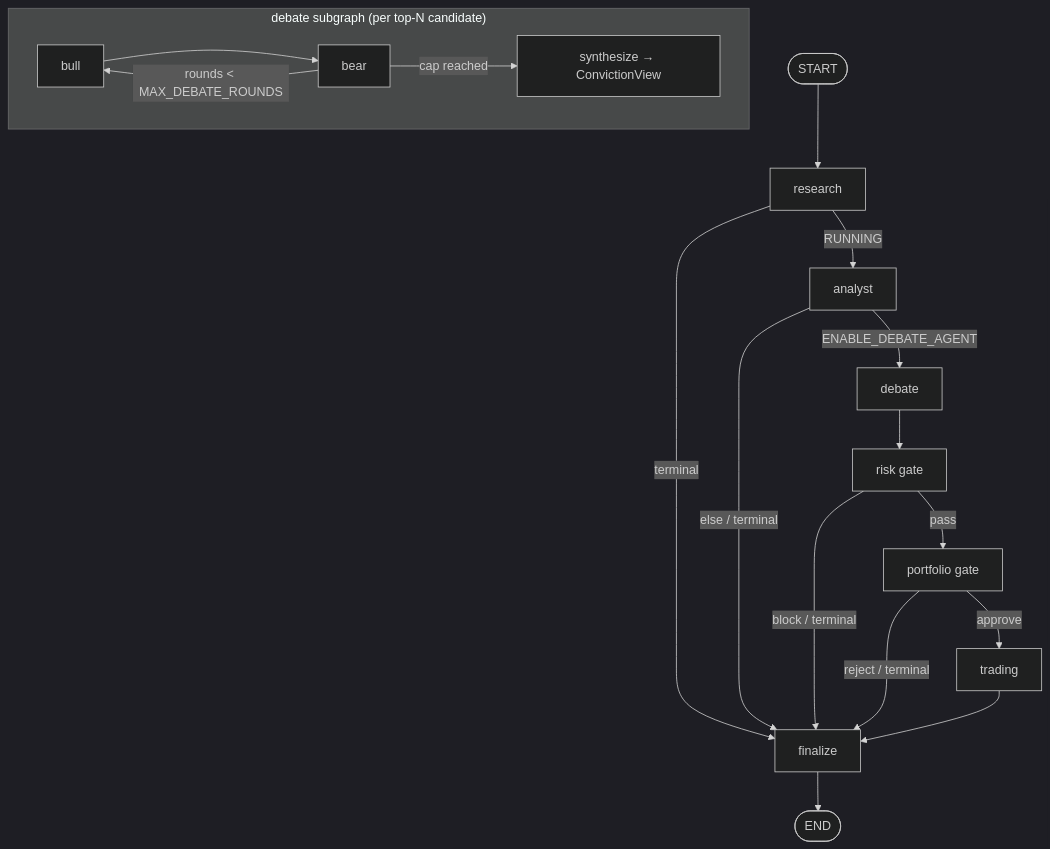
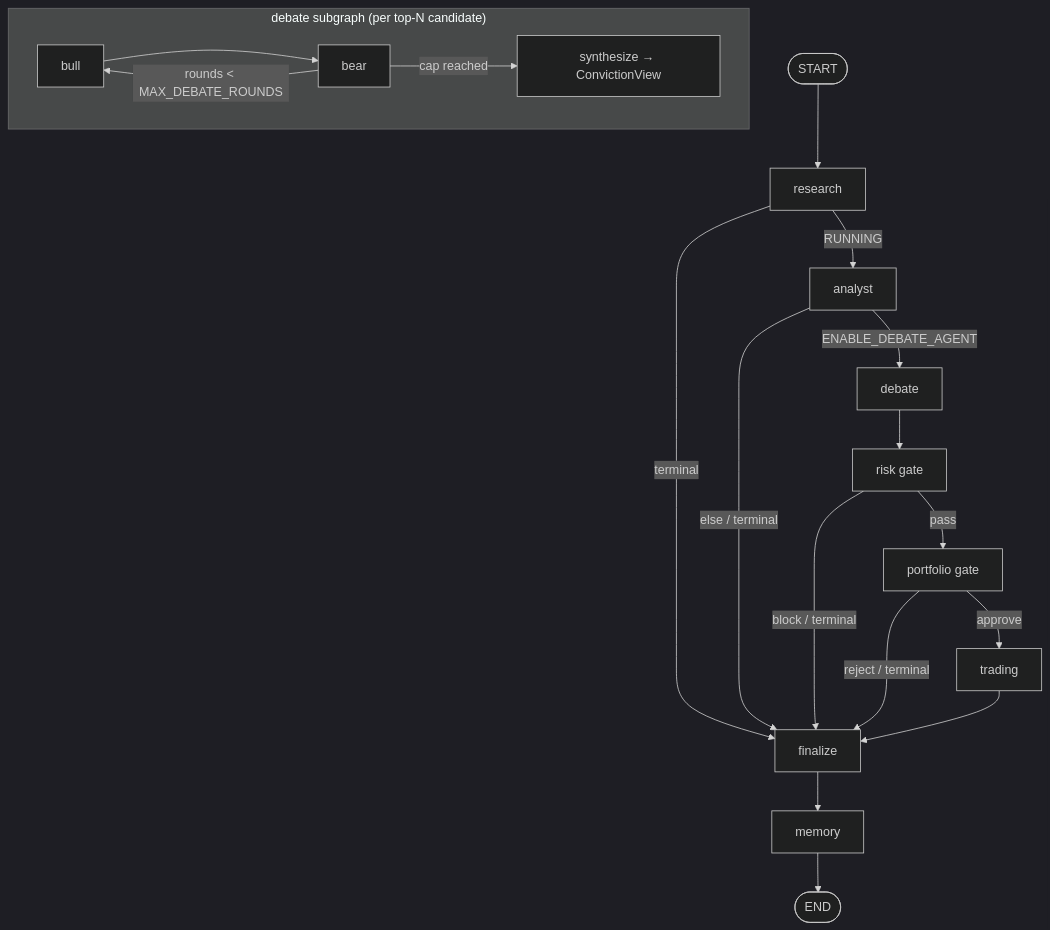
One commit to skarin7/stock_research changed the second of 3 diagrams in README.md. Above: the diagram before and after it, drawn with Mermaid (dark theme). The commit also changed other lines of this file and 5 other files, not shown here.

````diff
--- a/README.md
+++ b/README.md
@@ -78,22 +78,22 @@
 ```mermaid
 flowchart TD
     START([START]) --> RES[research]
     RES -->|RUNNING| ANA[analyst]
     RES -->|terminal| FIN[finalize]
     ANA -->|ENABLE_DEBATE_AGENT| DEB[debate]
     ANA -->|else / terminal| FIN
     DEB --> RISK[risk gate]
     RISK -->|pass| PORT[portfolio gate]
     RISK -->|block / terminal| FIN
     PORT -->|approve| TRD[trading]
     PORT -->|reject / terminal| FIN
     TRD --> FIN
-    FIN --> END([END])
+    FIN --> MEM[memory] --> END([END])
 
     subgraph DebateSub["debate subgraph (per top-N candidate)"]
         direction LR
         B[bull] --> R[bear]
         R -->|rounds < MAX_DEBATE_ROUNDS| B
         R -->|cap reached| S[synthesize → ConvictionView]
     end
 ```
````
